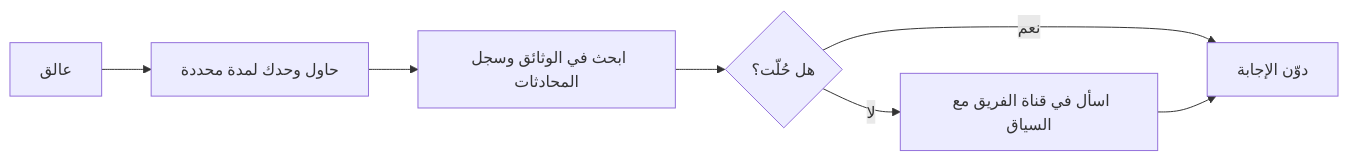
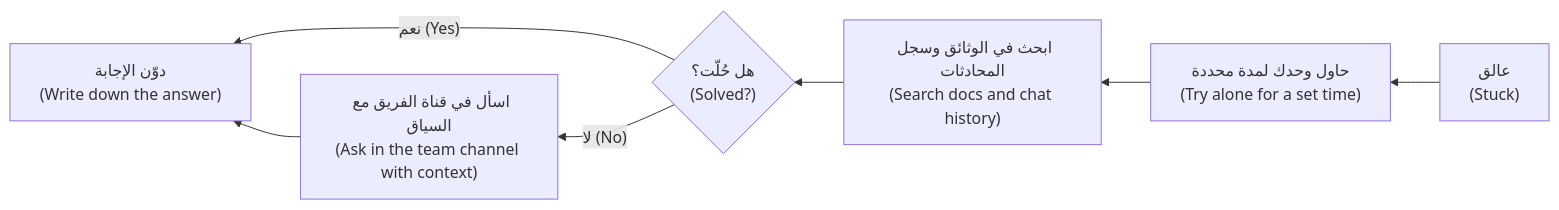
The second of 3 diagrams in career/modules/06-first-job.ar.md (Tamoura/system-design-for-vibe-coders), drawn with Mermaid before and after one commit. The commit also changed other lines of this file and 20 other files, not shown here.

First line of the commit message:
New courses: Arabic diagrams read right-to-left with English labels (modules 0–6)

````diff
--- a/career/modules/06-first-job.ar.md
+++ b/career/modules/06-first-job.ar.md
@@ -321,9 +321,9 @@
 ```mermaid
-flowchart LR
-    A["عالق"] --> B["حاول وحدك لمدة محددة"]
-    B --> C["ابحث في الوثائق وسجل المحادثات"]
-    C --> D{"هل حُلّت؟"}
-    D -->|"نعم"| E["دوّن الإجابة"]
-    D -->|"لا"| F["اسأل في قناة الفريق مع السياق"]
+flowchart RL
+    A["عالق<br/>(Stuck)"] --> B["حاول وحدك لمدة محددة<br/>(Try alone for a set time)"]
+    B --> C["ابحث في الوثائق وسجل المحادثات<br/>(Search docs and chat history)"]
+    C --> D{"هل حُلّت؟<br/>(Solved?)"}
+    D -->|"نعم (Yes)"| E["دوّن الإجابة<br/>(Write down the answer)"]
+    D -->|"لا (No)"| F["اسأل في قناة الفريق مع السياق<br/>(Ask in the team channel with context)"]
     F --> E
 ```
````
